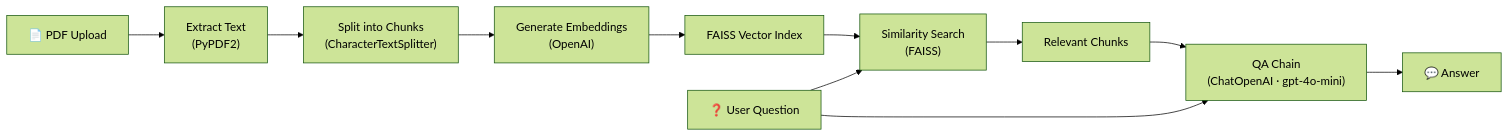
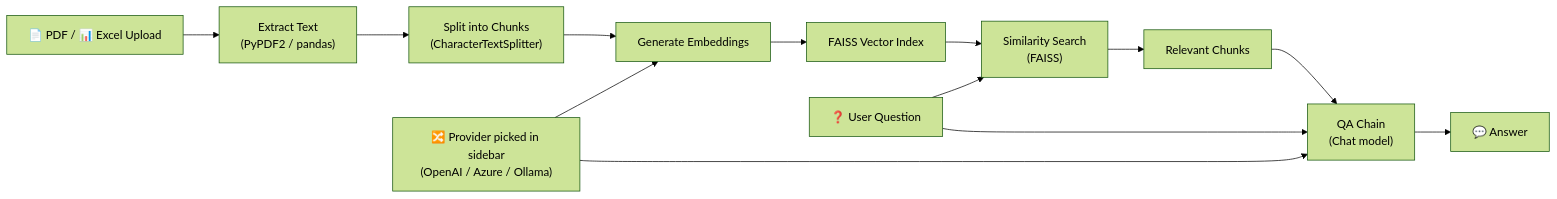
One commit to iportilla/ask-pdf changed the first of 3 diagrams in README.md. Above: the diagram before and after it, drawn with Mermaid (forest theme). The commit also changed other lines of this file and 8 other files, not shown here.

````diff
--- a/README.md
+++ b/README.md
@@ -11,13 +11,15 @@
 ```mermaid
 flowchart LR
-    A["📄 PDF Upload"] --> B["Extract Text\n(PyPDF2)"]
+    A["📄 PDF / 📊 Excel Upload"] --> B["Extract Text\n(PyPDF2 / pandas)"]
     B --> C["Split into Chunks\n(CharacterTextSplitter)"]
-    C --> D["Generate Embeddings\n(OpenAI)"]
+    P["🔀 Provider picked in sidebar\n(OpenAI / Azure / Ollama)"] --> D
+    C --> D["Generate Embeddings"]
     D --> E["FAISS Vector Index"]
     F["❓ User Question"] --> G["Similarity Search\n(FAISS)"]
     E --> G
     G --> H["Relevant Chunks"]
-    H --> I["QA Chain\n(ChatOpenAI · gpt-4o-mini)"]
+    P --> I
+    H --> I["QA Chain\n(Chat model)"]
     F --> I
     I --> J["💬 Answer"]
 ```
````
